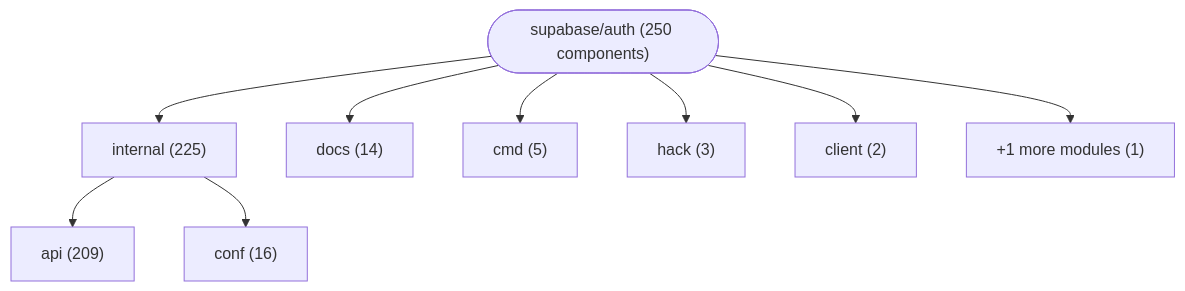
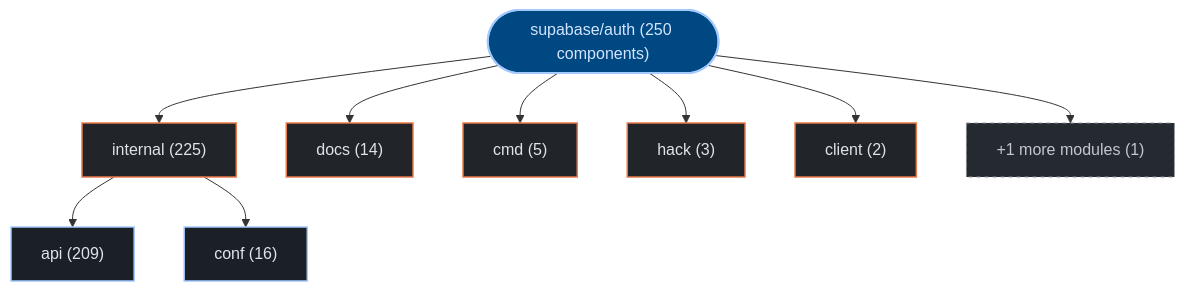
One commit to kumarshaz/atruss-code-atlas changed the first of 3 diagrams in exports/latest/reports/supabase-auth-report.md. Above: the diagram before and after it, drawn with Mermaid. The commit also changed other lines of this file and 331 other files, not shown here.

Commit message:
docs,ui,fix: update SDLC docs, reorder CI/CD DAG first, stylize Mermaid, and fix Arc42 pipeline topology

````diff
--- a/exports/latest/reports/supabase-auth-report.md
+++ b/exports/latest/reports/supabase-auth-report.md
@@ -42,20 +42,27 @@
 ```mermaid
 graph TD;
-    repo_root(["supabase/auth (250 components)"])
-    dir_0_internal["internal (225)"]
+  classDef atlasRoot fill:#004882,stroke:#a3c9ff,stroke-width:2px,color:#d3e4ff
+  classDef atlasCategory fill:#212428,stroke:#E87A48,stroke-width:1.5px,color:#dfe3eb
+  classDef atlasWorkflow fill:#1b2026,stroke:#a3c9ff,stroke-width:1.5px,color:#dfe3eb
+  classDef atlasJob fill:#171c22,stroke:#8d9199,stroke-width:1px,color:#dfe3eb
+  classDef atlasTarget fill:#005227,stroke:#8bd99b,stroke-width:1.5px,color:#a7f6b6
+  classDef atlasAlert fill:#93000a,stroke:#ffb4ab,stroke-width:1.5px,color:#ffdad6
+  classDef atlasMore fill:#252a31,stroke:#8d9199,stroke-dasharray:4 4,color:#c3c6cf
+    repo_root(["supabase/auth (250 components)"]):::atlasRoot
+    dir_0_internal["internal (225)"]:::atlasCategory
     repo_root --> dir_0_internal
-    sub_0_0_api["api (209)"]
+    sub_0_0_api["api (209)"]:::atlasWorkflow
     dir_0_internal --> sub_0_0_api
-    sub_0_1_conf["conf (16)"]
+    sub_0_1_conf["conf (16)"]:::atlasWorkflow
     dir_0_internal --> sub_0_1_conf
-    dir_1_docs["docs (14)"]
+    dir_1_docs["docs (14)"]:::atlasCategory
     repo_root --> dir_1_docs
-    dir_2_cmd["cmd (5)"]
+    dir_2_cmd["cmd (5)"]:::atlasCategory
     repo_root --> dir_2_cmd
-    dir_3_hack["hack (3)"]
+    dir_3_hack["hack (3)"]:::atlasCategory
     repo_root --> dir_3_hack
-    dir_4_client["client (2)"]
+    dir_4_client["client (2)"]:::atlasCategory
     repo_root --> dir_4_client
-    dir_other_modules["+1 more modules (1)"]
+    dir_other_modules["+1 more modules (1)"]:::atlasMore
     repo_root --> dir_other_modules
 ```
````
